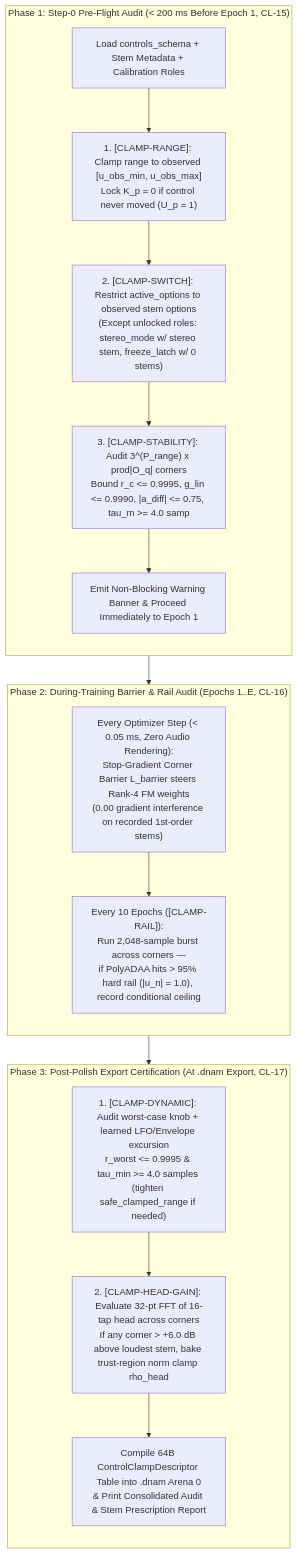
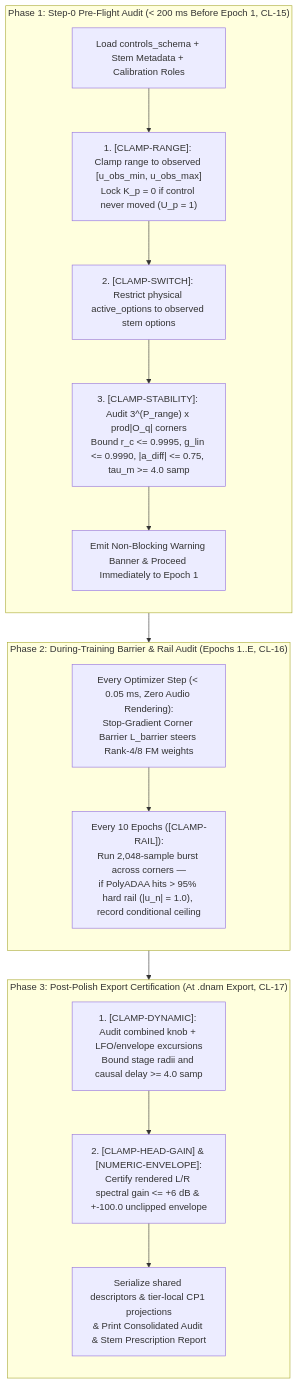
Before and after one commit to dnam-project/dnam: the diagram in docs/training/clamp_and_audit_registry.md, drawn with Mermaid. The commit also changed other lines of this file and 105 other files, not shown here.

````diff
--- a/docs/training/clamp_and_audit_registry.md
+++ b/docs/training/clamp_and_audit_registry.md
@@ -5,23 +5,23 @@
 ```mermaid
 flowchart TD
     subgraph P1 ["Phase 1: Step-0 Pre-Flight Audit (< 200 ms Before Epoch 1, CL-15)"]
         direction TB
         S0["Load controls_schema + Stem Metadata + Calibration Roles"] --> CRange["1. [CLAMP-RANGE]: Clamp range to observed [u_obs_min, u_obs_max]<br/>Lock K_p = 0 if control never moved (U_p = 1)"]
-        CRange --> CSwitch["2. [CLAMP-SWITCH]: Restrict active_options to observed stem options<br/>(Except unlocked roles: stereo_mode w/ stereo stem, freeze_latch w/ 0 stems)"]
+        CRange --> CSwitch["2. [CLAMP-SWITCH]: Restrict physical active_options to observed stem options"]
         CSwitch --> CStab["3. [CLAMP-STABILITY]: Audit 3^(P_range) x prod|O_q| corners<br/>Bound r_c <= 0.9995, g_lin <= 0.9990, |a_diff| <= 0.75, tau_m >= 4.0 samp"]
         CStab --> Warn["Emit Non-Blocking Warning Banner & Proceed Immediately to Epoch 1"]
     end
 
     subgraph P2 ["Phase 2: During-Training Barrier & Rail Audit (Epochs 1..E, CL-16)"]
         direction TB
-        Step["Every Optimizer Step (< 0.05 ms, Zero Audio Rendering):<br/>Stop-Gradient Corner Barrier L_barrier steers Rank-4 FM weights<br/>(0.00 gradient interference on recorded 1st-order stems)"] --> Rail["Every 10 Epochs ([CLAMP-RAIL]):<br/>Run 2,048-sample burst across corners —<br/>if PolyADAA hits > 95% hard rail (|u_n| = 1.0), record conditional ceiling"]
+        Step["Every Optimizer Step (< 0.05 ms, Zero Audio Rendering):<br/>Stop-Gradient Corner Barrier L_barrier steers Rank-4/8 FM weights"] --> Rail["Every 10 Epochs ([CLAMP-RAIL]):<br/>Run 2,048-sample burst across corners —<br/>if PolyADAA hits > 95% hard rail (|u_n| = 1.0), record conditional ceiling"]
     end
 
     subgraph P3 ["Phase 3: Post-Polish Export Certification (At .dnam Export, CL-17)"]
         direction TB
-        CDyn["1. [CLAMP-DYNAMIC]: Audit worst-case knob + learned LFO/Envelope excursion<br/>r_worst <= 0.9995 & tau_min >= 4.0 samples (tighten safe_clamped_range if needed)"] --> CHead["2. [CLAMP-HEAD-GAIN]: Evaluate 32-pt FFT of 16-tap head across corners<br/>If any corner > +6.0 dB above loudest stem, bake trust-region norm clamp rho_head"]
-        CHead --> Out["Compile 64B ControlClampDescriptor Table into .dnam Arena 0<br/>& Print Consolidated Audit & Stem Prescription Report"]
+        CDyn["1. [CLAMP-DYNAMIC]: Audit combined knob + LFO/envelope excursions<br/>Bound stage radii and causal delay >= 4.0 samp"] --> CHead["2. [CLAMP-HEAD-GAIN] & [NUMERIC-ENVELOPE]:<br/>Certify rendered L/R spectral gain <= +6 dB & +-100.0 unclipped envelope"]
+        CHead --> Out["Serialize shared descriptors & tier-local CP1 projections<br/>& Print Consolidated Audit & Stem Prescription Report"]
     end
 
     P1 --> P2 --> P3
 ```
````
